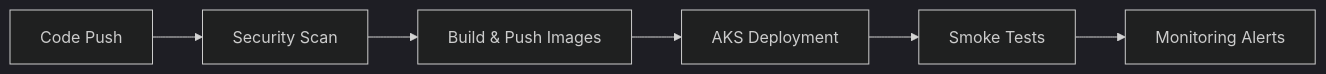
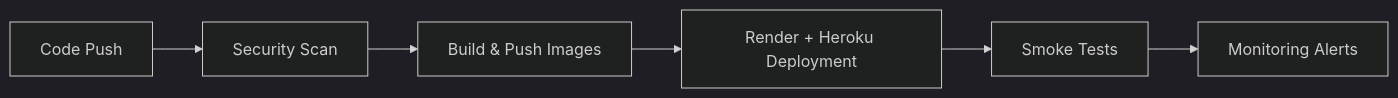
The second of 2 diagrams in README.md (aouichou/My-Portfolio), drawn with Mermaid (dark theme) before and after one commit. The commit also changed other lines of this file, not shown here.

````diff
--- a/README.md
+++ b/README.md
@@ -87,8 +72,8 @@
 ```mermaid
 graph LR
     A[Code Push] --> B[Security Scan]
     B --> C[Build & Push Images]
-    C --> D[AKS Deployment]
+    C --> D[Render + Heroku Deployment]
     D --> E[Smoke Tests]
     E --> F[Monitoring Alerts]
 ```
````
